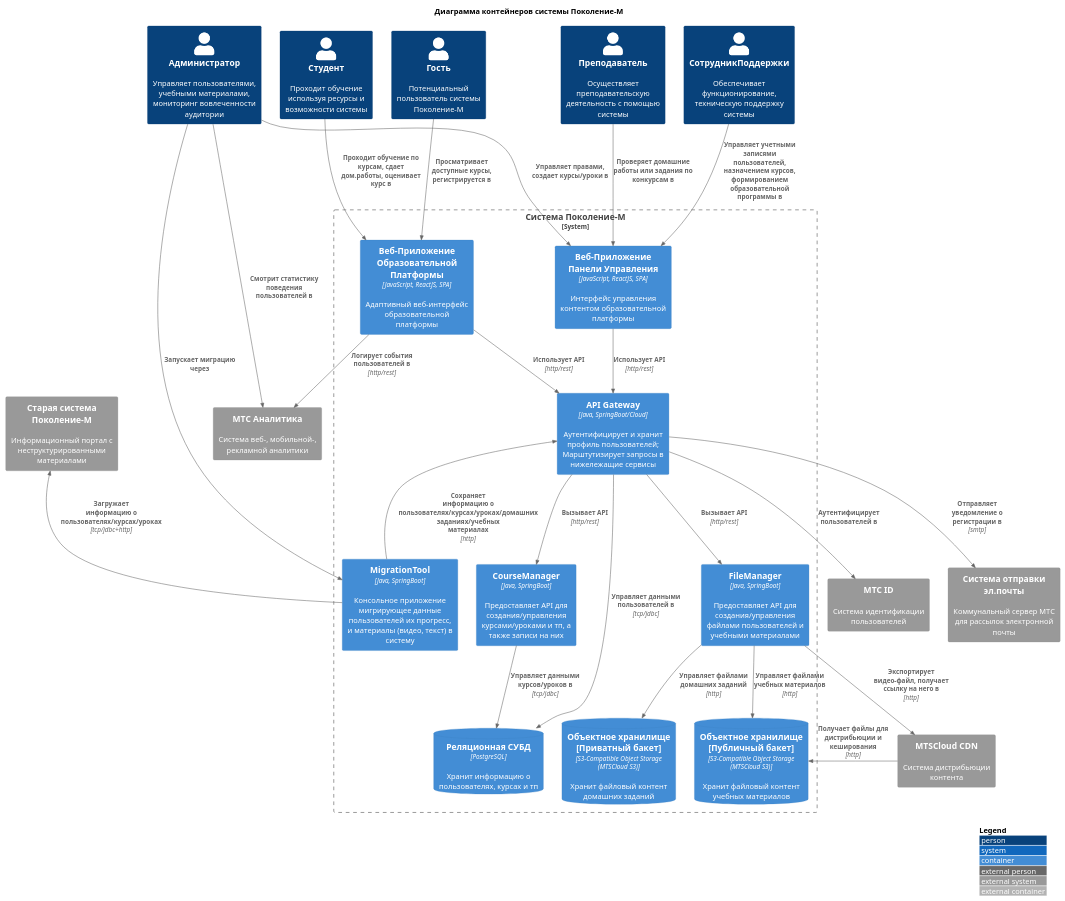
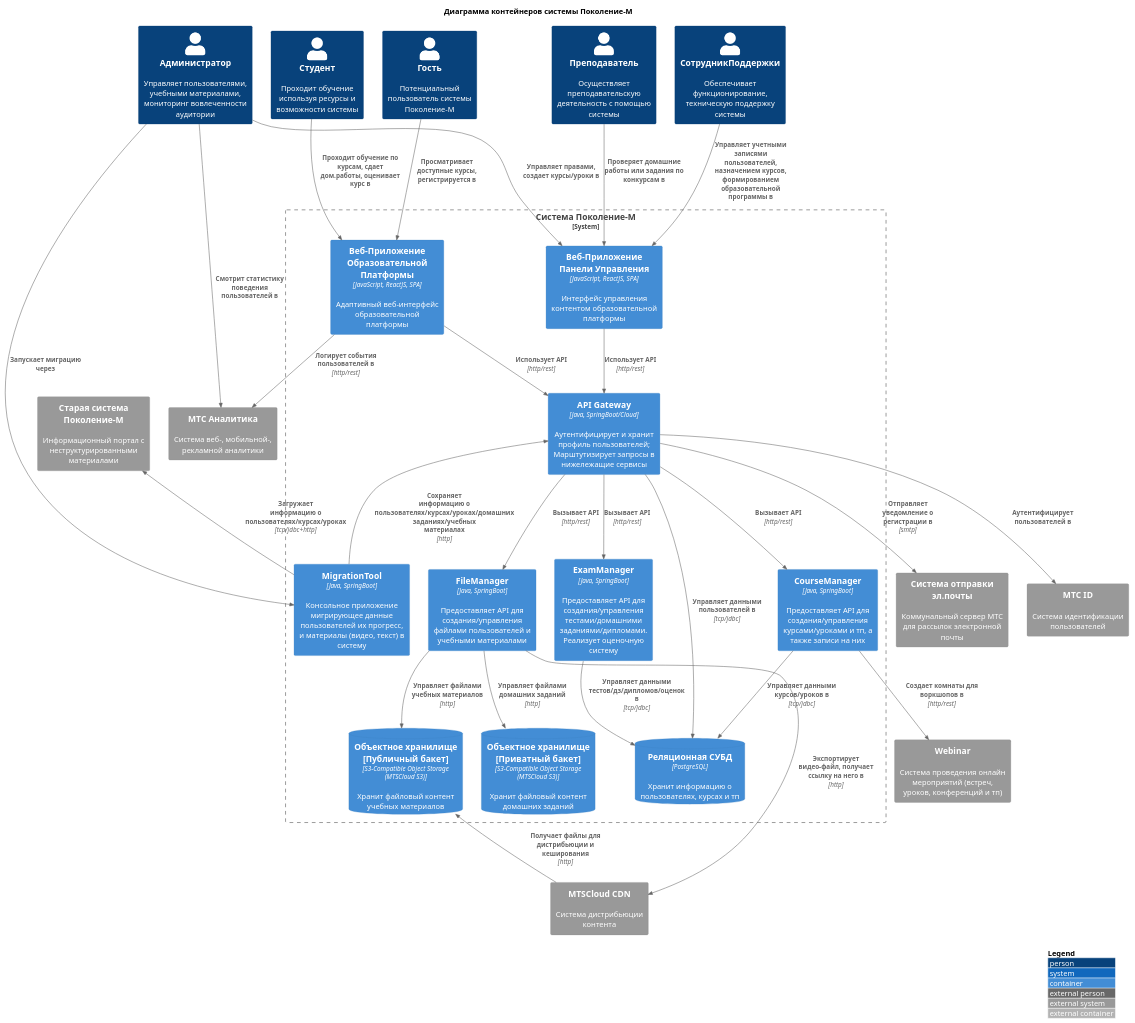
The diagram in docs/c4/containers.md (karpoftea/mts-kata-2023), drawn with PlantUML before and after one commit. The commit also changed 10 other files, not shown here.

````diff
--- a/docs/c4/containers.md
+++ b/docs/c4/containers.md
@@ -2,65 +2,71 @@
 ```plantuml
 @startuml
 !include https://raw.githubusercontent.com/plantuml-stdlib/C4-PlantUML/master/C4_Container.puml
 
 LAYOUT_WITH_LEGEND()
 
 title Диаграмма контейнеров системы Поколение-М
 
 Person(guest, "Гость", "Потенциальный пользователь системы Поколение-М")
 Person(student, "Студент", "Проходит обучение используя ресурсы и возможности системы")
 Person(teacher, "Преподаватель", "Осуществляет преподавательскую деятельность с помощью системы")
 Person(support, "СотрудникПоддержки", "Обеспечивает функционирование, техническую поддержку системы")
 Person(admin, "Администратор", "Управляет пользователями, учебными материалами, мониторинг вовлеченности аудитории")
 
 System_Boundary(sys, "Система Поколение-М") {
     Container(userwebapp, "Веб-Приложение Образовательной Платформы", "JavaScript, ReactJS, SPA", "Адаптивный веб-интерфейс образовательной платформы")
     Container(adminwebapp, "Веб-Приложение Панели Управления", "JavaScript, ReactJS, SPA", "Интерфейс управления контентом образовательной платформы")
     Container(gw, "API Gateway", "Java, SpringBoot/Cloud", "Аутентифицирует и хранит профиль пользователей; Марштутизирует запросы в нижележащие сервисы")
     Container(cm, "CourseManager", "Java, SpringBoot", "Предоставляет API для создания/управления курсами/уроками и тп, а также записи на них")
     Container(fm, "FileManager", "Java, SpringBoot", "Предоставляет API для создания/управления файлами пользователей и учебными материалами")
+    Container(em, "ExamManager", "Java, SpringBoot", "Предоставляет API для создания/управления тестами/домашними заданиями/дипломами. Реализует оценочную систему")
     Container(mt, "MigrationTool", "Java, SpringBoot", "Консольное приложение мигрирующее данные пользователей их прогресс, и материалы (видео, текст) в систему")
     ContainerDb(dbms, "Реляционная СУБД", "PostgreSQL", "Хранит информацию о пользователях, курсах и тп")
     ContainerDb(s3private, "Объектное хранилище [Приватный бакет]", "S3-Compatible Object Storage (MTSCloud S3)", "Хранит файловый контент домашних заданий")
     ContainerDb(s3public, "Объектное хранилище [Публичный бакет]", "S3-Compatible Object Storage (MTSCloud S3)", "Хранит файловый контент учебных материалов")
 }
 
 System_Ext(mtsa, "МТС Аналитика", "Система веб-, мобильной-, рекламной аналитики")
 System_Ext(emailsys, "Система отправки эл.почты", "Коммунальный сервер МТС для рассылок электронной почты")
 System_Ext(mtsid, "МТС ID", "Система идентификации пользователей")
 System_Ext(mtscloudcdn, "MTSCloud CDN", "Система дистрибьюции контента")
 System_Ext(legacy, "Старая система Поколение-М", "Информационный портал с неструктурированными материалами")
+System_Ext(webinar, "Webinar", "Система проведения онлайн мероприятий (встреч, уроков, конференций и тп)")
 
 Rel(admin, adminwebapp, "Управляет правами, создает курсы/уроки в")
 Rel(admin, mtsa, "Смотрит статистику поведения пользователей в")
 Rel(admin, mt, "Запускает миграцию через")
 
 Rel(guest, userwebapp, "Просматривает доступные курсы, регистрируется в")
 Rel(student, userwebapp, "Проходит обучение по курсам, сдает дом.работы, оценивает курс в")
 Rel(teacher, adminwebapp, "Проверяет домашние работы или задания по конкурсам в")
 Rel(support, adminwebapp, "Управляет учетными записями пользователей, назначением курсов, формированием образовательной программы в")
 
 Rel(userwebapp, gw, "Использует API", "http/rest")
 Rel(userwebapp, mtsa, "Логирует события пользователей в", "http/rest")
 
 Rel(adminwebapp, gw, "Использует API", "http/rest")
 
 Rel(gw, dbms, "Управляет данными пользователей в", "tcp/jdbc")
 Rel(gw, emailsys, "Отправляет уведомление о регистрации в", "smtp")
 Rel(gw, mtsid, "Аутентифицирует пользователей в")
 Rel(gw, cm, "Вызывает API", "http/rest")
 Rel(gw, fm, "Вызывает API", "http/rest")
+Rel(gw, em, "Вызывает API", "http/rest")
 
 Rel(cm, dbms, "Управляет данными курсов/уроков в", "tcp/jdbc")
+Rel(cm, webinar, "Создает комнаты для воркшопов в", "http/rest")
+
+Rel(em, dbms, "Управляет данными тестов/дз/дипломов/оценок в", "tcp/jdbc")
 
 Rel_U(mt, legacy, "Загружает информацию о пользователях/курсах/уроках", "tcp/jdbc+http")
 Rel_U(mt, gw, "Сохраняет информацию о пользователях/курсах/уроках/домашних заданиях/учебных материалах", "http")
 
 Rel(fm, s3private, "Управляет файлами домашних заданий", "http")
 Rel(fm, s3public, "Управляет файлами учебных материалов", "http")
 Rel(fm, mtscloudcdn, "Экспортирует видео-файл, получает ссылку на него в", "http")
 
-Rel_R(mtscloudcdn, s3public, "Получает файлы для дистрибьюции и кеширования", "http")
+Rel_U(mtscloudcdn, s3public, "Получает файлы для дистрибьюции и кеширования", "http")
 
 @enduml
 ```
````
